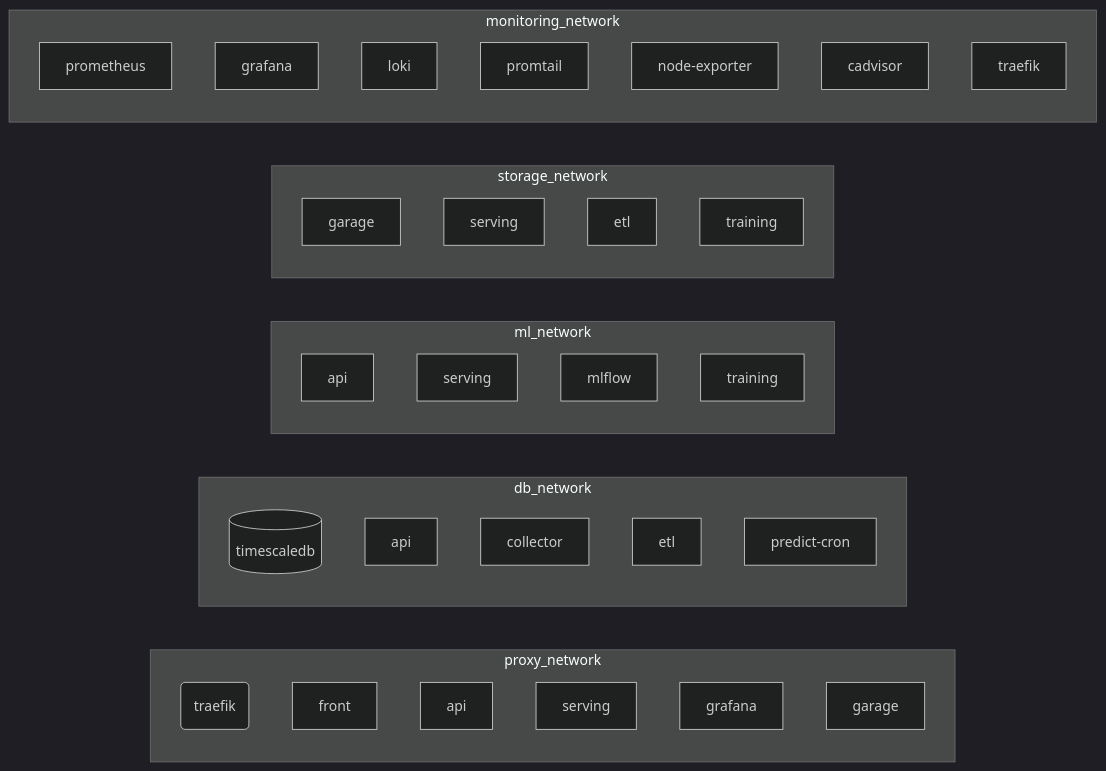
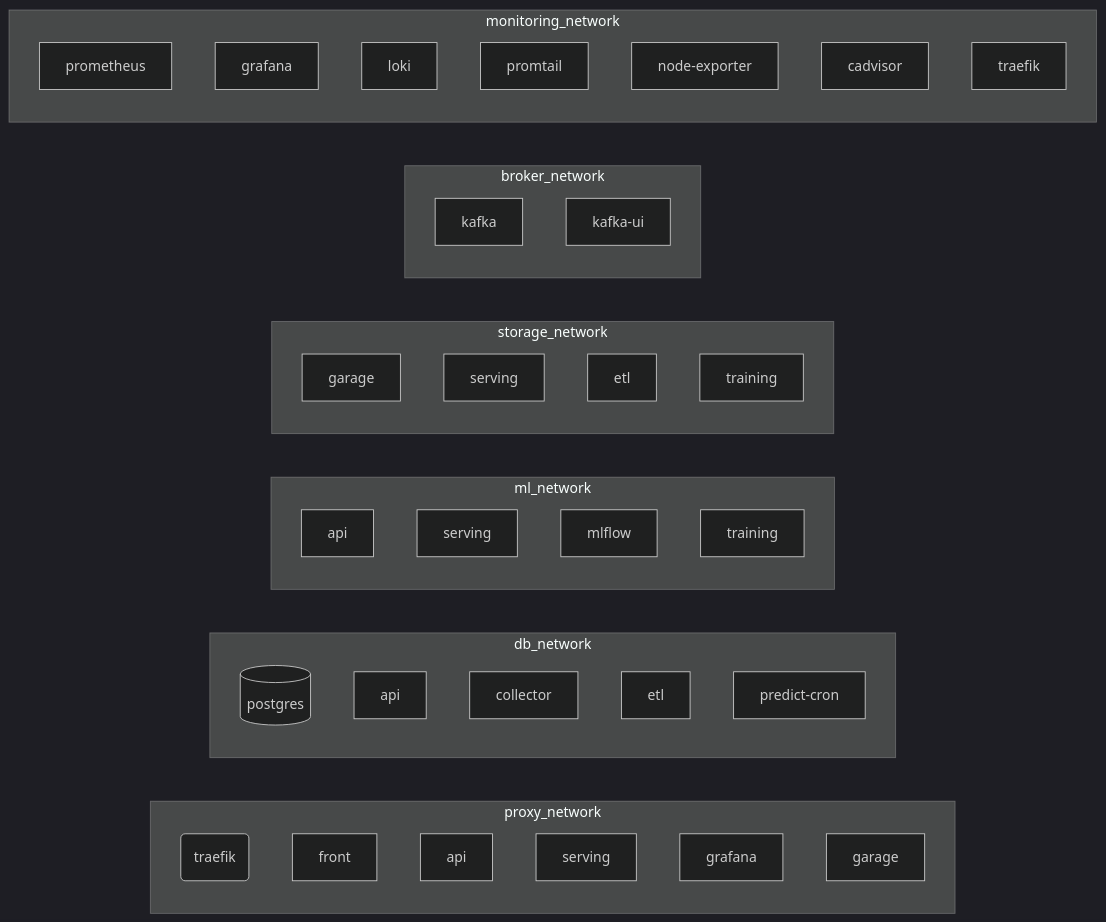
Before and after one commit to EnerVision-G5/infra: the diagram in docs/content/architecture/reseaux.md, drawn with Mermaid (dark theme). The commit also changed other lines of this file and 54 other files, not shown here.

Commit message:
feat(role): Ajout des roles postgres, kafka, mlflow + retrait garage

````diff
--- a/docs/content/architecture/reseaux.md
+++ b/docs/content/architecture/reseaux.md
@@ -31,39 +32,43 @@
 ```mermaid
 flowchart LR
     subgraph proxy_network
         TR(traefik)
         FR[front]
         AP[api]
         SV[serving]
         GRA[grafana]
         GAR[garage]
     end
     subgraph db_network
-        DB[(timescaledb)]
+        DB[(postgres)]
         AP2[api]
         CO[collector]
         ET[etl]
         PC[predict-cron]
     end
     subgraph ml_network
         AP3[api]
         SV2[serving]
         MLF[mlflow]
         TRN[training]
     end
     subgraph storage_network
         GAR2[garage]
         SV3[serving]
         ET2[etl]
         TRN2[training]
     end
+    subgraph broker_network
+        KFK[kafka]
+        KUI[kafka-ui]
+    end
     subgraph monitoring_network
         PROM[prometheus]
         GRA2[grafana]
         LOKI[loki]
         PROMT[promtail]
         NE[node-exporter]
         CAD[cadvisor]
         TR2[traefik]
     end
 ```
````
